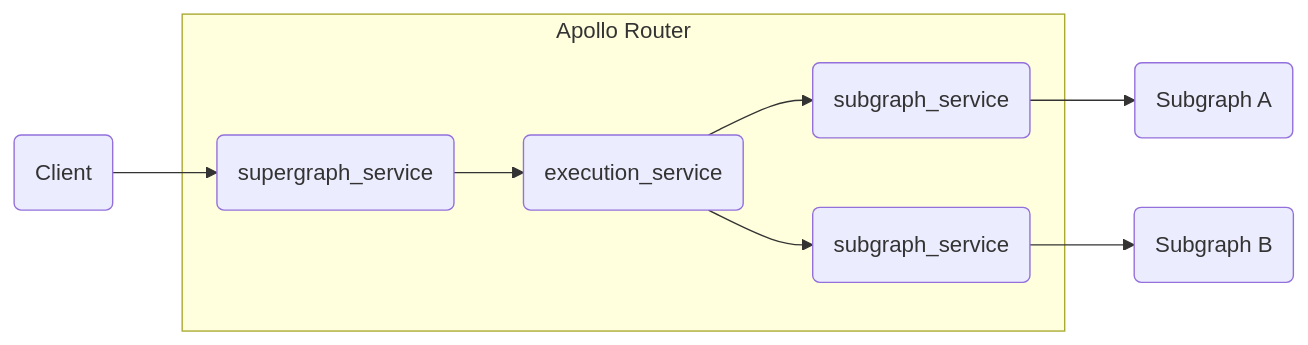
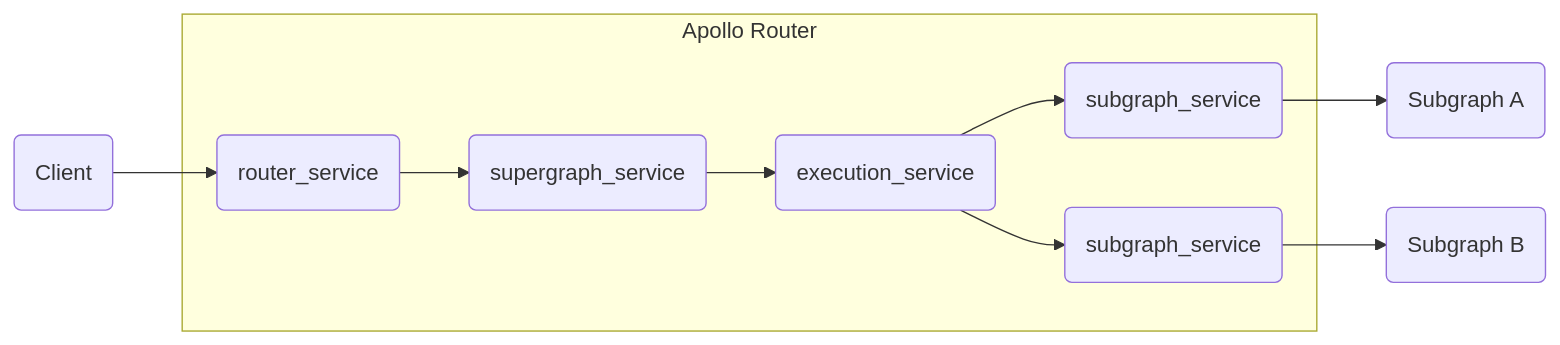
The second of 3 diagrams in docs/source/customizations/rhai.mdx (apollographql/router), drawn with Mermaid before and after one commit. The commit also changed other lines of this file and 2 other files, not shown here.

````diff
--- a/docs/source/customizations/rhai.mdx
+++ b/docs/source/customizations/rhai.mdx
@@ -263,13 +263,14 @@
     ```mermaid
     graph LR;
       client(Client);
-      client --> supergraph(supergraph_service);
+      client --> router(router_service);
       subgraph Apollo Router
+      router --> supergraph(supergraph_service);
       supergraph --> execution(execution_service);
       execution --> subs_a(subgraph_service);
       execution --> subs_b(subgraph_service);
       end;
       subs_a --> sub_a(Subgraph A);
       subs_b --> sub_b(Subgraph B);
       class client,sub_a,sub_b secondary;
     ```
````
